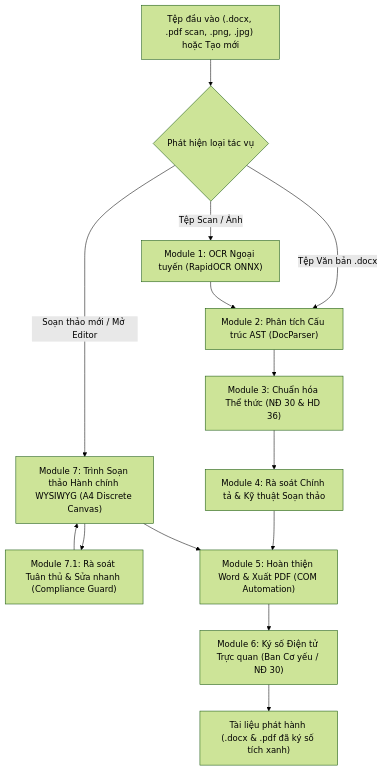
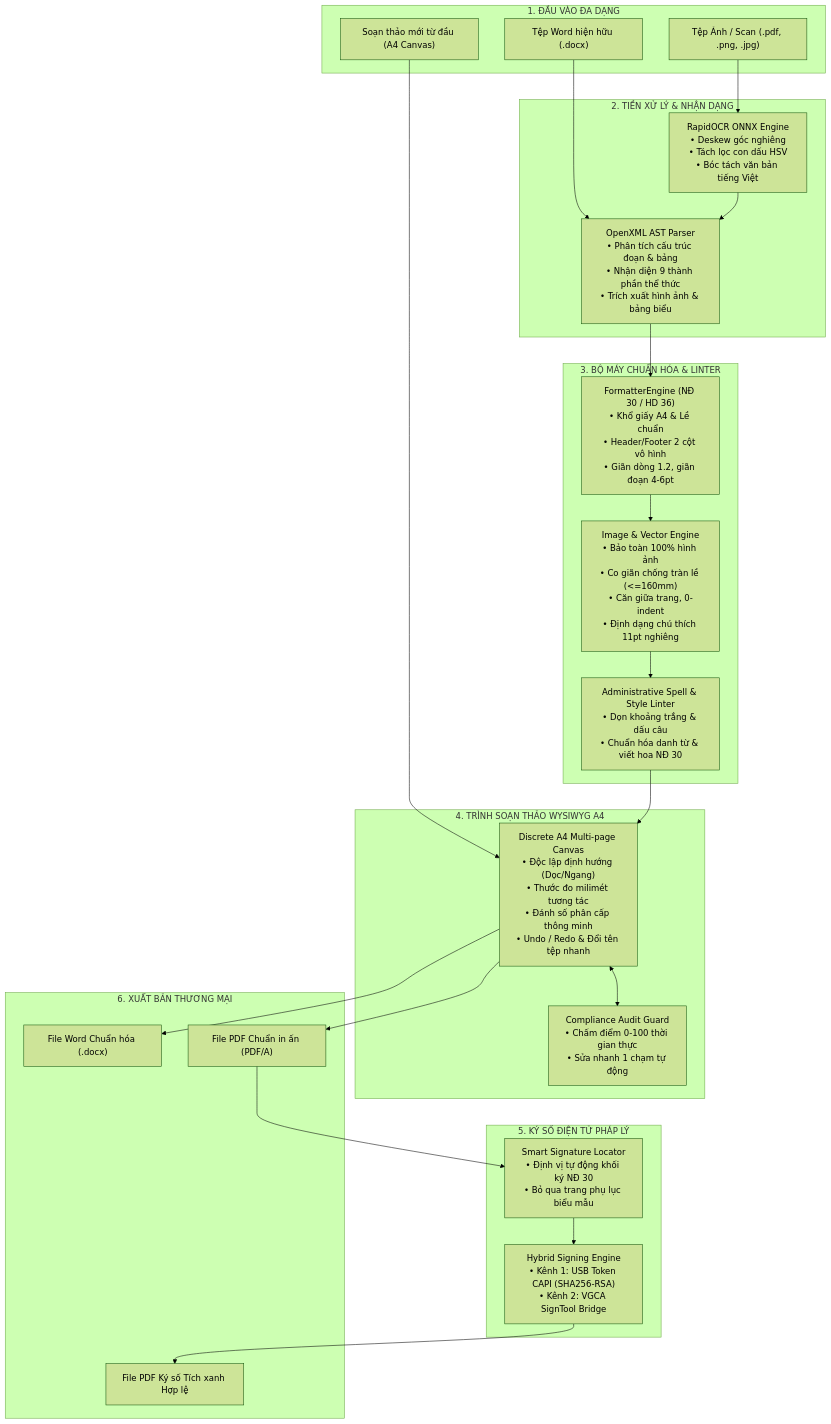
One commit to NguyenManhHieu204/autoFomatter changed the first of 2 diagrams in TAI_LIEU_DAC_TA_KY_THUAT.md. Above: the diagram before and after it, drawn with Mermaid (forest theme). The commit also changed other lines of this file and 1 other file, not shown here.

````diff
--- a/TAI_LIEU_DAC_TA_KY_THUAT.md
+++ b/TAI_LIEU_DAC_TA_KY_THUAT.md
@@ -29,16 +81,48 @@
 ```mermaid
 flowchart TD
-    In["Tệp đầu vào (.docx, .pdf scan, .png, .jpg) hoặc Tạo mới"] --> Detect{"Phát hiện loại tác vụ"}
-    Detect -->|"Tệp Scan / Ảnh"| OCRModule["Module 1: OCR Ngoại tuyến (RapidOCR ONNX)"]
-    Detect -->|"Tệp Văn bản .docx"| ParseModule["Module 2: Phân tích Cấu trúc AST (DocParser)"]
-    Detect -->|"Soạn thảo mới / Mở Editor"| EditorModule["Module 7: Trình Soạn thảo Hành chính WYSIWYG (A4 Discrete Canvas)"]
-    OCRModule --> ParseModule
-    ParseModule --> RuleEngine["Module 3: Chuẩn hóa Thể thức (NĐ 30 & HD 36)"]
-    RuleEngine --> LintModule["Module 4: Rà soát Chính tả & Kỹ thuật Soạn thảo"]
-    EditorModule --> AuditModule["Module 7.1: Rà soát Tuân thủ & Sửa nhanh (Compliance Guard)"]
-    AuditModule --> EditorModule
-    LintModule --> WordCom["Module 5: Hoàn thiện Word & Xuất PDF (COM Automation)"]
-    EditorModule --> WordCom
-    WordCom --> SignModule["Module 6: Ký số Điện tử Trực quan (Ban Cơ yếu / NĐ 30)"]
-    SignModule --> Out["Tài liệu phát hành (.docx & .pdf đã ký số tích xanh)"]
+    subgraph INPUT ["1. ĐẦU VÀO ĐA DẠNG"]
+        DocxIn["Tệp Word hiện hữu (.docx)"]
+        ScanIn["Tệp Ảnh / Scan (.pdf, .png, .jpg)"]
+        NewIn["Soạn thảo mới từ đầu (A4 Canvas)"]
+    end
+
+    subgraph INGESTION ["2. TIỀN XỬ LÝ & NHẬN DẠNG"]
+        OCR["RapidOCR ONNX Engine<br/>• Deskew góc nghiêng<br/>• Tách lọc con dấu HSV<br/>• Bóc tách văn bản tiếng Việt"]
+        AST["OpenXML AST Parser<br/>• Phân tích cấu trúc đoạn & bảng<br/>• Nhận diện 9 thành phần thể thức<br/>• Trích xuất hình ảnh & bảng biểu"]
+    end
+
+    subgraph NORMALIZATION ["3. BỘ MÁY CHUẨN HÓA & LINTER"]
+        Engine["FormatterEngine (NĐ 30 / HD 36)<br/>• Khổ giấy A4 & Lề chuẩn<br/>• Header/Footer 2 cột vô hình<br/>• Giãn dòng 1.2, giãn đoạn 4-6pt"]
+        ImgEngine["Image & Vector Engine<br/>• Bảo toàn 100% hình ảnh<br/>• Co giãn chống tràn lề (<=160mm)<br/>• Căn giữa trang, 0-indent<br/>• Định dạng chú thích 11pt nghiêng"]
+        Linter["Administrative Spell & Style Linter<br/>• Dọn khoảng trắng & dấu câu<br/>• Chuẩn hóa danh từ & viết hoa NĐ 30"]
+    end
+
+    subgraph EDITOR ["4. TRÌNH SOẠN THẢO WYSIWYG A4"]
+        Canvas["Discrete A4 Multi-page Canvas<br/>• Độc lập định hướng (Dọc/Ngang)<br/>• Thước đo milimét tương tác<br/>• Đánh số phân cấp thông minh<br/>• Undo / Redo & Đổi tên tệp nhanh"]
+        Audit["Compliance Audit Guard<br/>• Chấm điểm 0-100 thời gian thực<br/>• Sửa nhanh 1 chạm tự động"]
+    end
+
+    subgraph SIGNING ["5. KÝ SỐ ĐIỆN TỬ PHÁP LÝ"]
+        SmartLoc["Smart Signature Locator<br/>• Định vị tự động khối ký NĐ 30<br/>• Bỏ qua trang phụ lục biểu mẫu"]
+        HybridSign["Hybrid Signing Engine<br/>• Kênh 1: USB Token CAPI (SHA256-RSA)<br/>• Kênh 2: VGCA SignTool Bridge"]
+    end
+
+    subgraph OUTPUT ["6. XUẤT BẢN THƯƠNG MẠI"]
+        DocxOut["File Word Chuẩn hóa (.docx)"]
+        PdfOut["File PDF Chuẩn in ấn (PDF/A)"]
+        SignedPdf["File PDF Ký số Tích xanh Hợp lệ"]
+    end
+
+    DocxIn --> AST
+    ScanIn --> OCR --> AST
+    NewIn --> Canvas
+
+    AST --> Engine
+    Engine --> ImgEngine --> Linter
+    Linter --> Canvas
+    Canvas <--> Audit
+
+    Canvas --> DocxOut
+    Canvas --> PdfOut
+    PdfOut --> SmartLoc --> HybridSign --> SignedPdf
 ```
````
